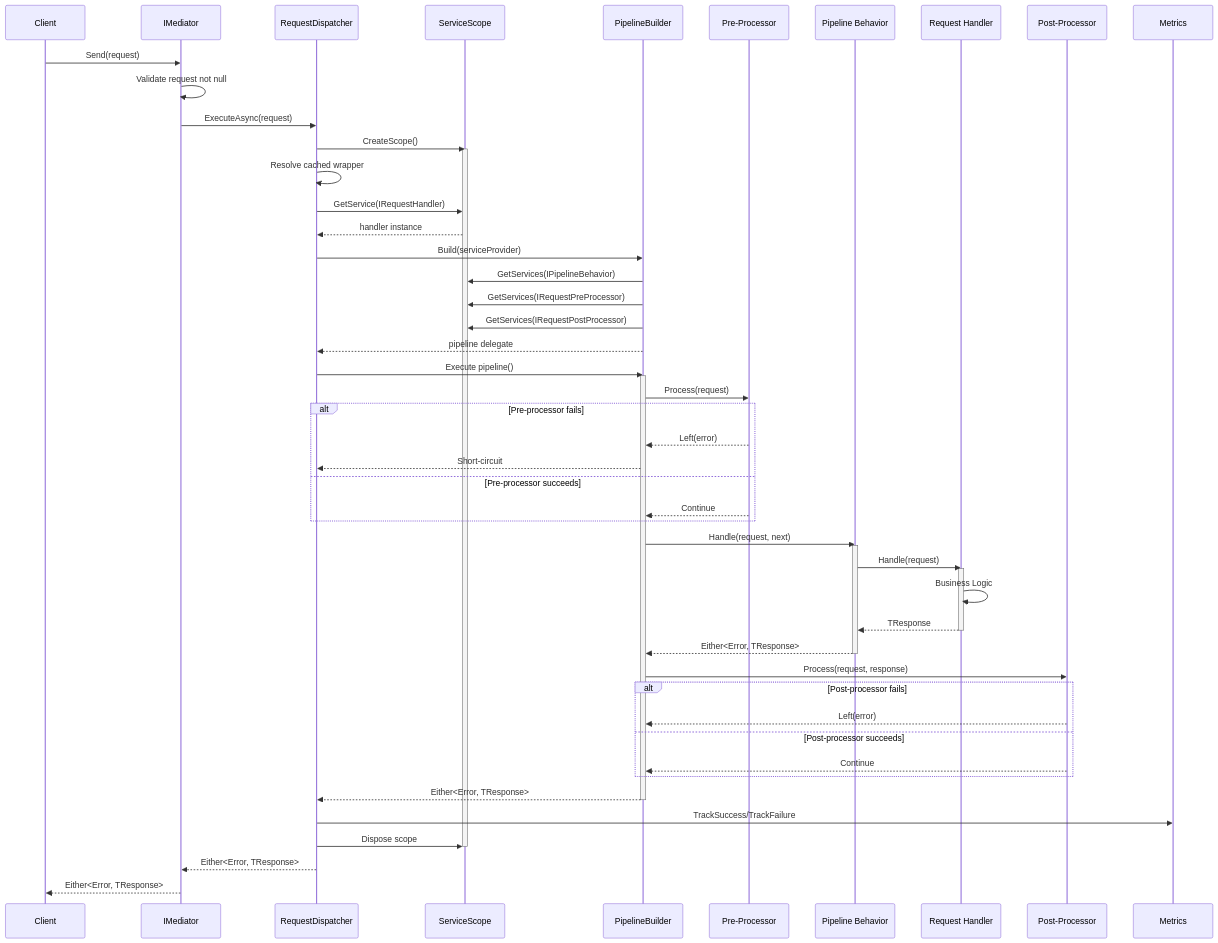
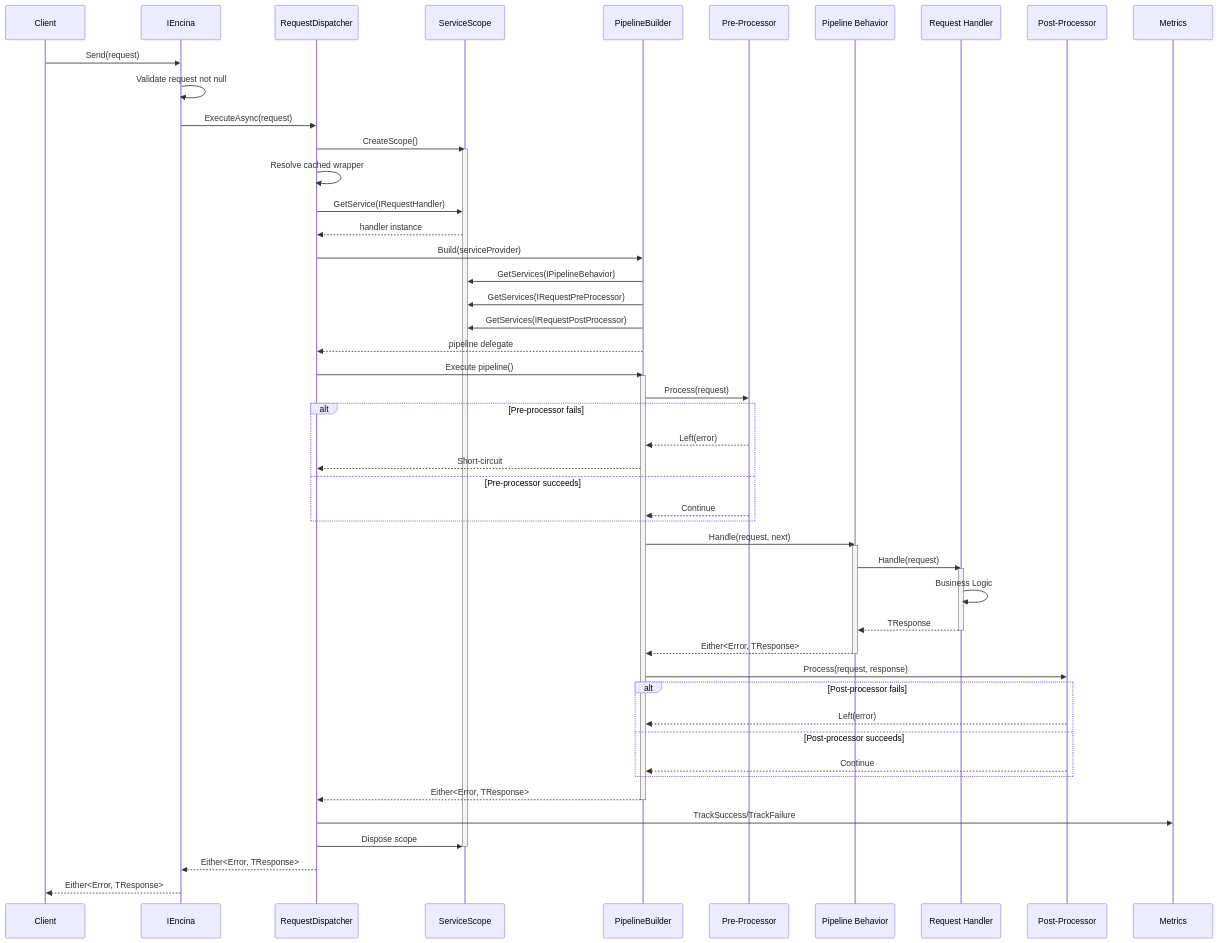
The second of 7 diagrams in docs/architecture/component-diagram.md (dlrivada/Encina), drawn with Mermaid before and after one commit. The commit also changed other lines of this file and 394 other files, not shown here.

First line of the commit message:
refactor: complete Mediator to Encina renaming across entire codebase

````diff
--- a/docs/architecture/component-diagram.md
+++ b/docs/architecture/component-diagram.md
@@ -66,69 +66,69 @@
 ```mermaid
 sequenceDiagram
     participant Client
-    participant Mediator as IMediator
+    participant Encina as IEncina
     participant Dispatcher as RequestDispatcher
     participant DI as ServiceScope
     participant Pipeline as PipelineBuilder
     participant PreProc as Pre-Processor
     participant Behavior as Pipeline Behavior
     participant Handler as Request Handler
     participant PostProc as Post-Processor
     participant Metrics
 
-    Client->>Mediator: Send(request)
-    Mediator->>Mediator: Validate request not null
-    Mediator->>Dispatcher: ExecuteAsync(request)
+    Client->>Encina: Send(request)
+    Encina->>Encina: Validate request not null
+    Encina->>Dispatcher: ExecuteAsync(request)
 
     Dispatcher->>DI: CreateScope()
     activate DI
     Dispatcher->>Dispatcher: Resolve cached wrapper
     Dispatcher->>DI: GetService(IRequestHandler)
     DI-->>Dispatcher: handler instance
 
     Dispatcher->>Pipeline: Build(serviceProvider)
     Pipeline->>DI: GetServices(IPipelineBehavior)
     Pipeline->>DI: GetServices(IRequestPreProcessor)
     Pipeline->>DI: GetServices(IRequestPostProcessor)
     Pipeline-->>Dispatcher: pipeline delegate
 
     Dispatcher->>Pipeline: Execute pipeline()
     activate Pipeline
 
     Pipeline->>PreProc: Process(request)
     alt Pre-processor fails
         PreProc-->>Pipeline: Left(error)
         Pipeline-->>Dispatcher: Short-circuit
     else Pre-processor succeeds
         PreProc-->>Pipeline: Continue
     end
 
     Pipeline->>Behavior: Handle(request, next)
     activate Behavior
 
     Behavior->>Handler: Handle(request)
     activate Handler
     Handler->>Handler: Business Logic
     Handler-->>Behavior: TResponse
     deactivate Handler
 
     Behavior-->>Pipeline: Either<Error, TResponse>
     deactivate Behavior
 
     Pipeline->>PostProc: Process(request, response)
     alt Post-processor fails
         PostProc-->>Pipeline: Left(error)
     else Post-processor succeeds
         PostProc-->>Pipeline: Continue
     end
 
     Pipeline-->>Dispatcher: Either<Error, TResponse>
     deactivate Pipeline
 
     Dispatcher->>Metrics: TrackSuccess/TrackFailure
     Dispatcher->>DI: Dispose scope
     deactivate DI
 
-    Dispatcher-->>Mediator: Either<Error, TResponse>
-    Mediator-->>Client: Either<Error, TResponse>
+    Dispatcher-->>Encina: Either<Error, TResponse>
+    Encina-->>Client: Either<Error, TResponse>
 ```
````
